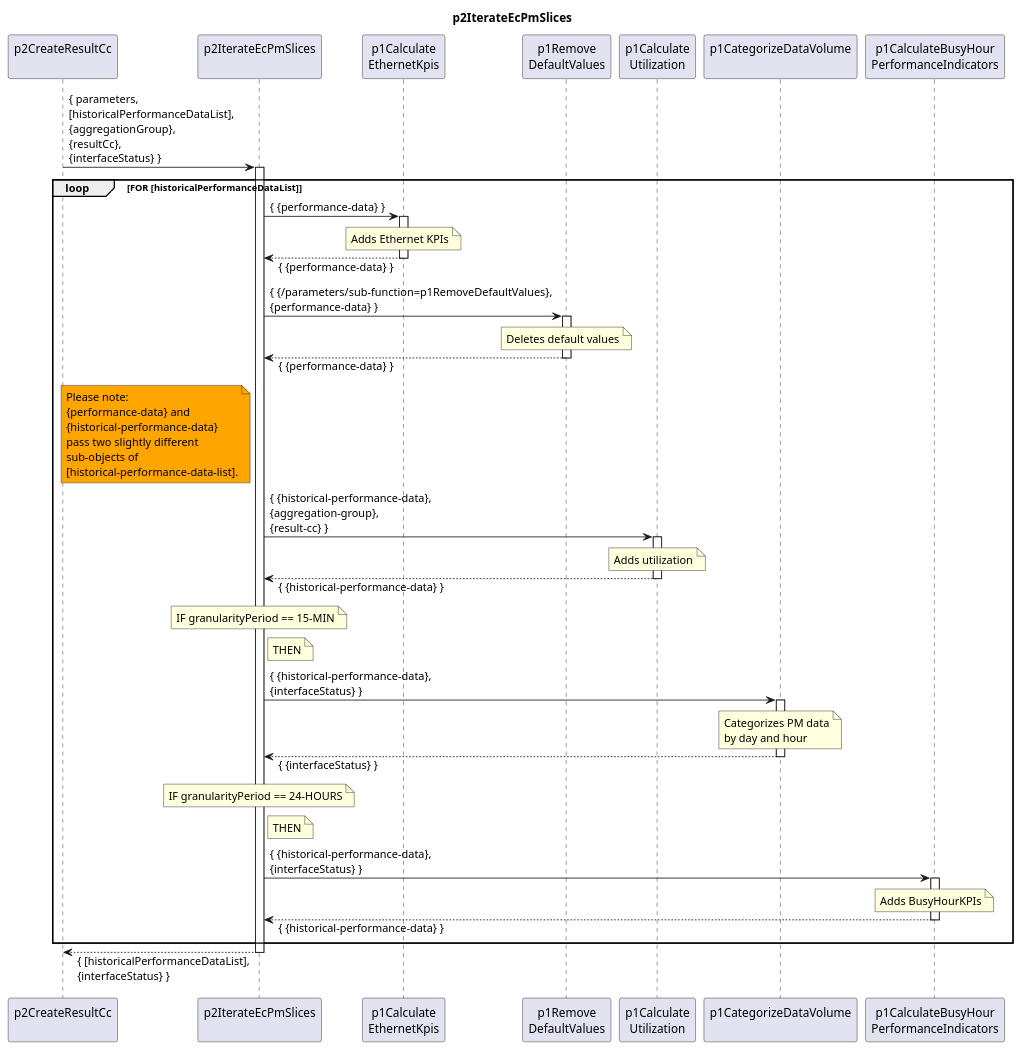
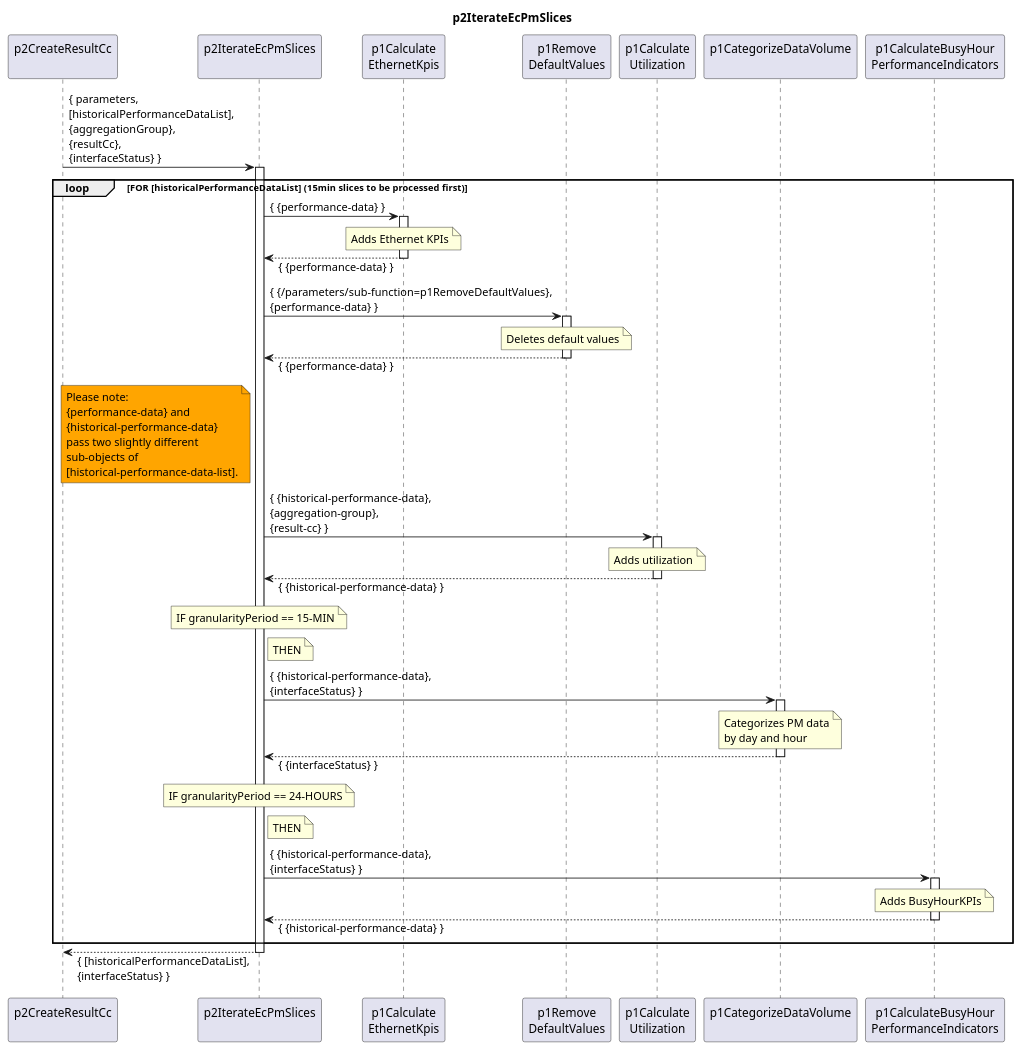
Before and after one commit to openBackhaul/DevicePerformanceManagementDataProcessor: the diagram in spec/Functions/p1StreamPmData/p2ProcessDevice/p2CreateResultCc/p2IterateEcPmSlices/1.0.0/p2IterateEcPmSlices.plantuml, drawn with PlantUML. The commit also changed 15 other files, not shown here.

```diff
--- a/spec/Functions/p1StreamPmData/p2ProcessDevice/p2CreateResultCc/p2IterateEcPmSlices/1.0.0/p2IterateEcPmSlices.plantuml
+++ b/spec/Functions/p1StreamPmData/p2ProcessDevice/p2CreateResultCc/p2IterateEcPmSlices/1.0.0/p2IterateEcPmSlices.plantuml
@@ -1,96 +1,96 @@
 @startuml p2IterateEcPmSlices
 skinparam responseMessageBelowArrow true
 
 title
   p2IterateEcPmSlices
 end title
 
 participant "p2CreateResultCc\n" as cur
 
 participant "p2IterateEcPmSlices\n" as iterateSlices
 participant "p1Calculate\nEthernetKpis" as intCC
 participant "p1Remove\nDefaultValues" as p1RemDefault
 participant "p1Calculate\nUtilization" as p1CalcUtil
 participant "p1CategorizeDataVolume\n" as p1CatDataVo
 participant "p1CalculateBusyHour\nPerformanceIndicators" as p1CalcBH
 
 cur -> iterateSlices : { parameters,\n[historicalPerformanceDataList],\n{aggregationGroup},\n{resultCc},\n{interfaceStatus} }
 activate iterateSlices
 
-  loop FOR [historicalPerformanceDataList]
+  loop FOR [historicalPerformanceDataList]   (15min slices to be processed first)
 
     iterateSlices -> intCC : { {performance-data} }
     activate intCC
       note over intCC
         Adds Ethernet KPIs
       end note
     iterateSlices <-- intCC: { {performance-data} }
     deactivate intCC
 
     iterateSlices -> p1RemDefault : { {/parameters/sub-function=p1RemoveDefaultValues},\n{performance-data} }
     activate p1RemDefault
       note over p1RemDefault
         Deletes default values
       end note
     iterateSlices <-- p1RemDefault: { {performance-data} }
     deactivate p1RemDefault
 
     note left iterateSlices #Orange
       Please note:
       {performance-data} and
       {historical-performance-data}
       pass two slightly different 
       sub-objects of
       [historical-performance-data-list].
     end note
 
 
     iterateSlices -> p1CalcUtil : { {historical-performance-data},\n{aggregation-group},\n{result-cc} }
     activate p1CalcUtil
       note over p1CalcUtil
         Adds utilization
       end note
     iterateSlices <-- p1CalcUtil: { {historical-performance-data} }
     deactivate p1CalcUtil
 
     note over iterateSlices
       IF granularityPeriod == 15-MIN
     end note
 
     note right iterateSlices
       THEN
     end note
 
     iterateSlices -> p1CatDataVo : { {historical-performance-data},\n{interfaceStatus} }
     activate p1CatDataVo
       note over p1CatDataVo
         Categorizes PM data
         by day and hour
       end note
     iterateSlices <-- p1CatDataVo: { {interfaceStatus} }
     deactivate p1CatDataVo
 
     note over iterateSlices
       IF granularityPeriod == 24-HOURS
     end note
 
     note right iterateSlices
       THEN
     end note
 
     iterateSlices -> p1CalcBH : { {historical-performance-data},\n{interfaceStatus} }
     activate p1CalcBH
       note over p1CalcBH
         Adds BusyHourKPIs
       end note
     iterateSlices <-- p1CalcBH: { {historical-performance-data} }
     deactivate p1CalcBH
 
   end loop
 
 cur <-- iterateSlices : { [historicalPerformanceDataList],\n{interfaceStatus} }
 deactivate iterateSlices
 
 deactivate cur
 
 @enduml
```
